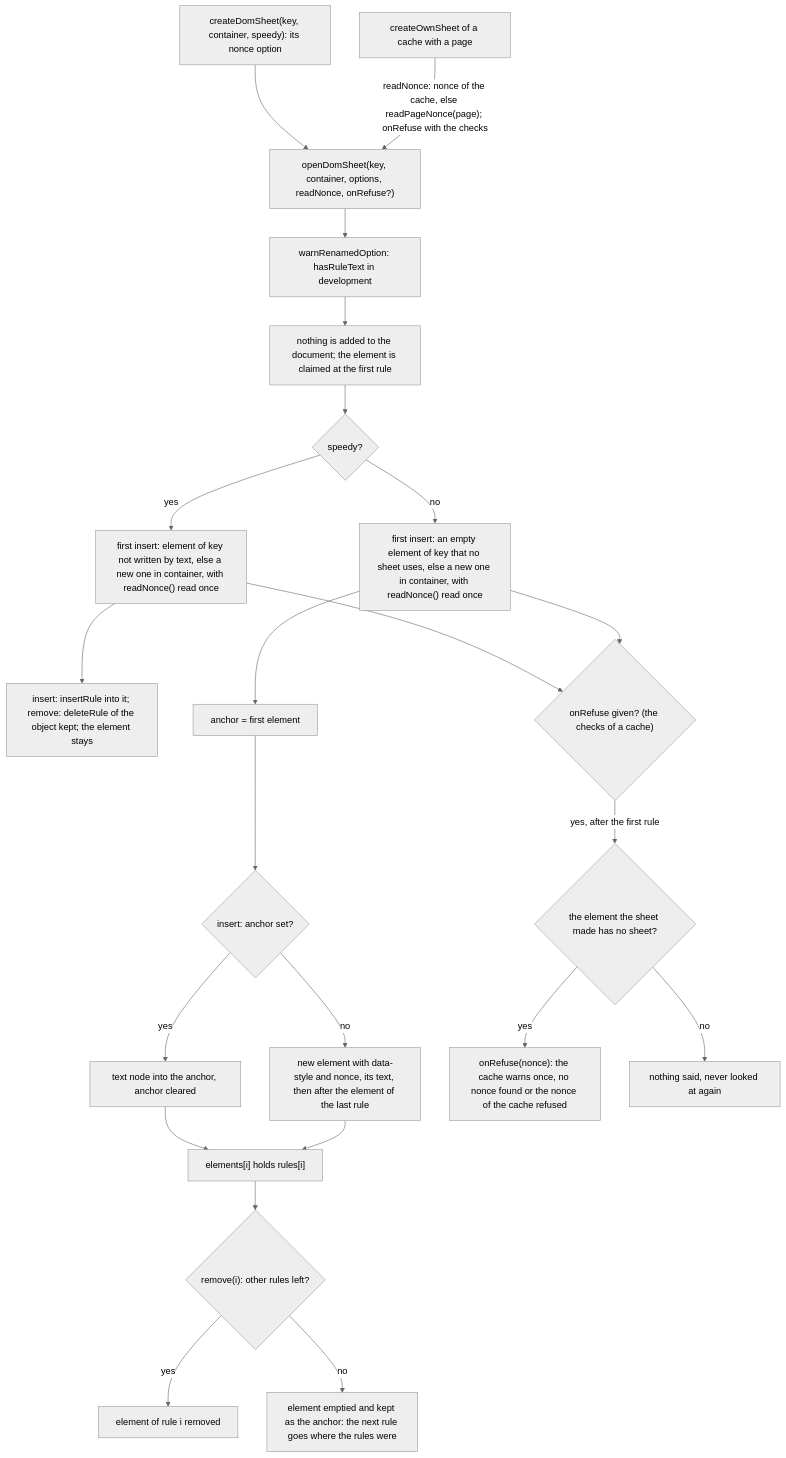
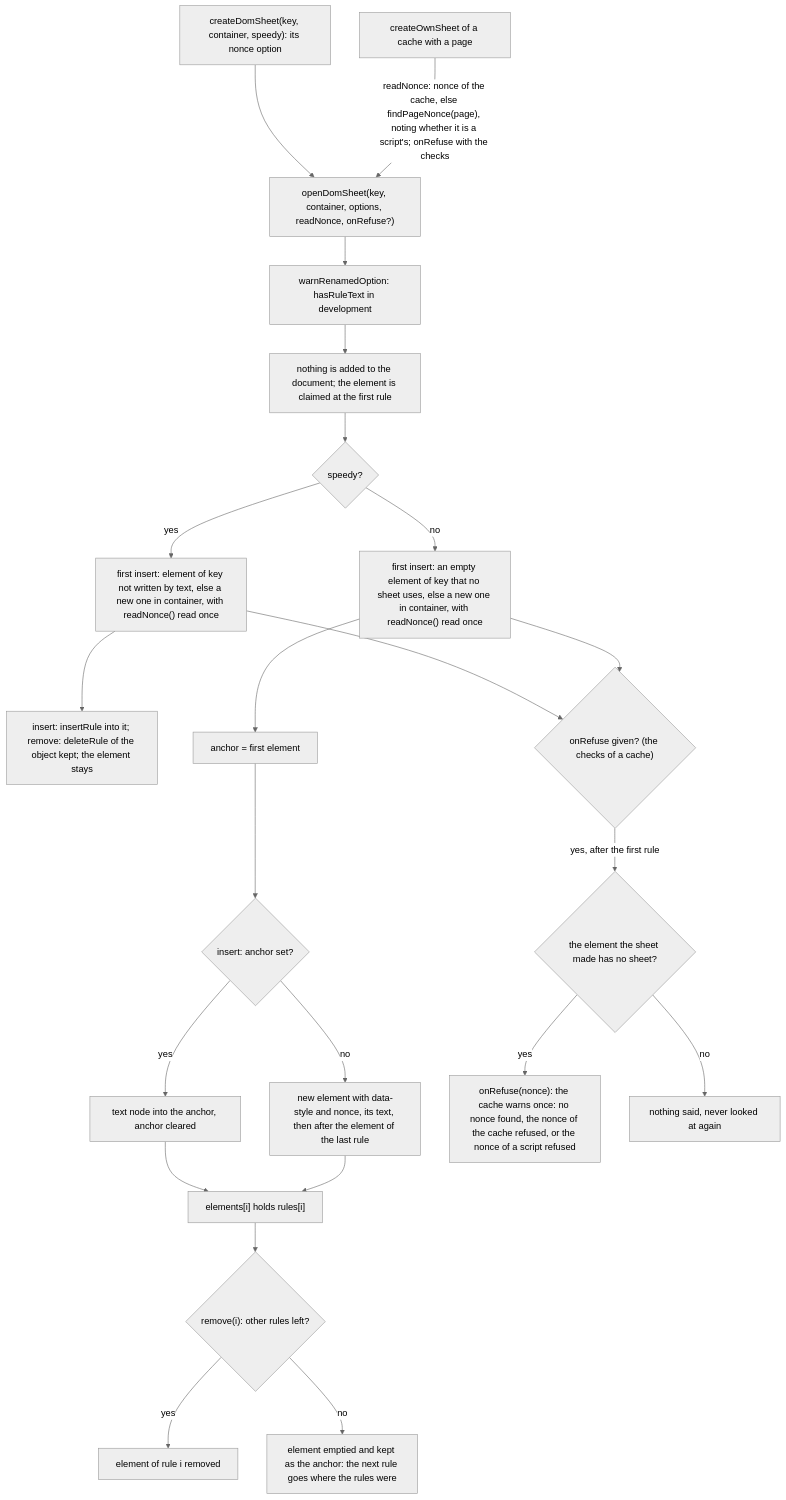
The third of 3 diagrams in packages/core/src/cache.md (soroush-tech/umber-style), drawn with Mermaid (neutral theme) before and after one commit. The commit also changed other lines of this file and 8 other files, not shown here.

Commit message:
fix(core): a style element refused with the nonce of a script is warned about in development, and the docs say a cache must keep a page's HTML and its policy header together - #71

````diff
--- a/packages/core/src/cache.md
+++ b/packages/core/src/cache.md
@@ -79,25 +79,25 @@
 ```mermaid
 flowchart TD
   create["createDomSheet(key, container, speedy): its nonce option"] --> openSheet["openDomSheet(key, container, options, readNonce, onRefuse?)"]
-  own["createOwnSheet of a cache with a page"] -->|"readNonce: nonce of the cache, else readPageNonce(page); onRefuse with the checks"| openSheet
+  own["createOwnSheet of a cache with a page"] -->|"readNonce: nonce of the cache, else findPageNonce(page), noting whether it is a script's; onRefuse with the checks"| openSheet
   openSheet --> renamed["warnRenamedOption: hasRuleText in development"]
   renamed --> nothing["nothing is added to the document; the element is claimed at the first rule"]
   nothing --> mode{"speedy?"}
   mode -->|yes| ruleEl["first insert: element of key not written by text, else a new one in container, with readNonce() read once"]
   ruleEl --> insertRule["insert: insertRule into it; remove: deleteRule of the object kept; the element stays"]
   mode -->|no| firstEl["first insert: an empty element of key that no sheet uses, else a new one in container, with readNonce() read once"]
   firstEl --> anchor["anchor = first element"]
   anchor --> ins{"insert: anchor set?"}
   ins -->|yes| intoAnchor["text node into the anchor, anchor cleared"]
   ins -->|no| newEl["new element with data-style and nonce, its text, then after the element of the last rule"]
   intoAnchor --> list["elements[i] holds rules[i]"]
   newEl --> list
   list --> rem{"remove(i): other rules left?"}
   rem -->|yes| drop["element of rule i removed"]
   rem -->|no| keep["element emptied and kept as the anchor: the next rule goes where the rules were"]
   ruleEl --> watched{"onRefuse given? (the checks of a cache)"}
   firstEl --> watched
   watched -->|"yes, after the first rule"| refused{"the element the sheet made has no sheet?"}
-  refused -->|yes| warnOnce["onRefuse(nonce): the cache warns once, no nonce found or the nonce of the cache refused"]
+  refused -->|yes| warnOnce["onRefuse(nonce): the cache warns once: no nonce found, the nonce of the cache refused, or the nonce of a script refused"]
   refused -->|no| quiet["nothing said, never looked at again"]
 ```
````
